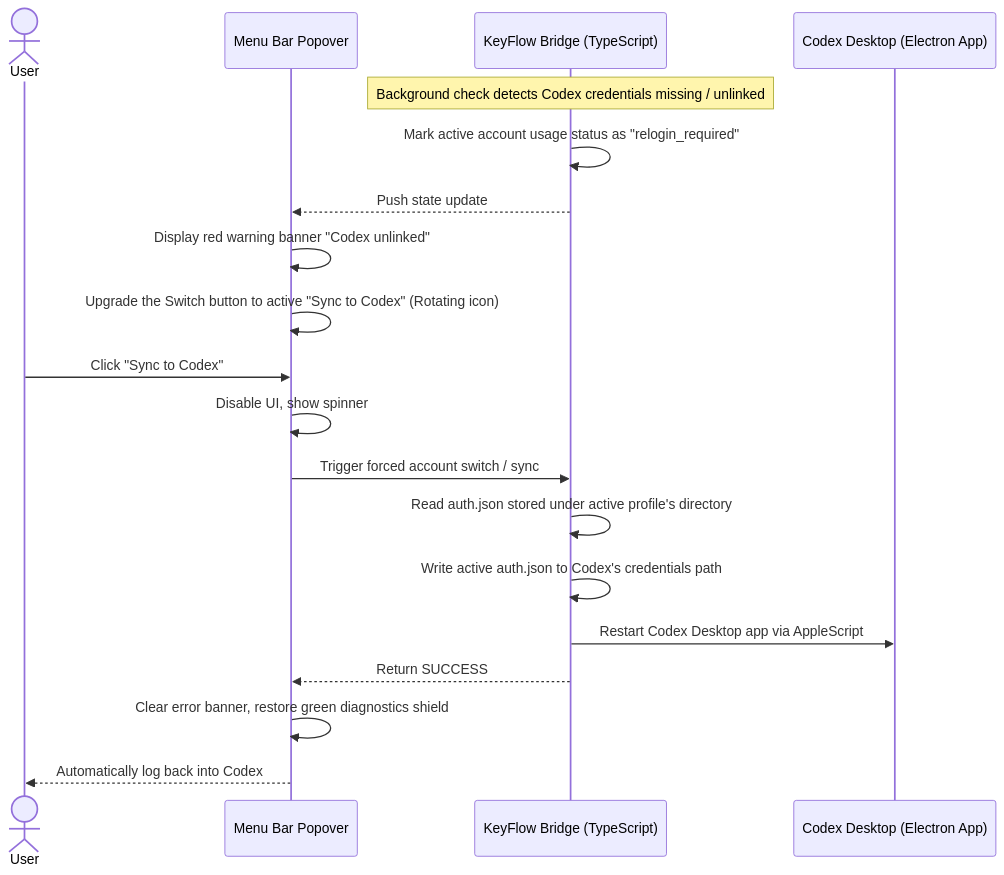
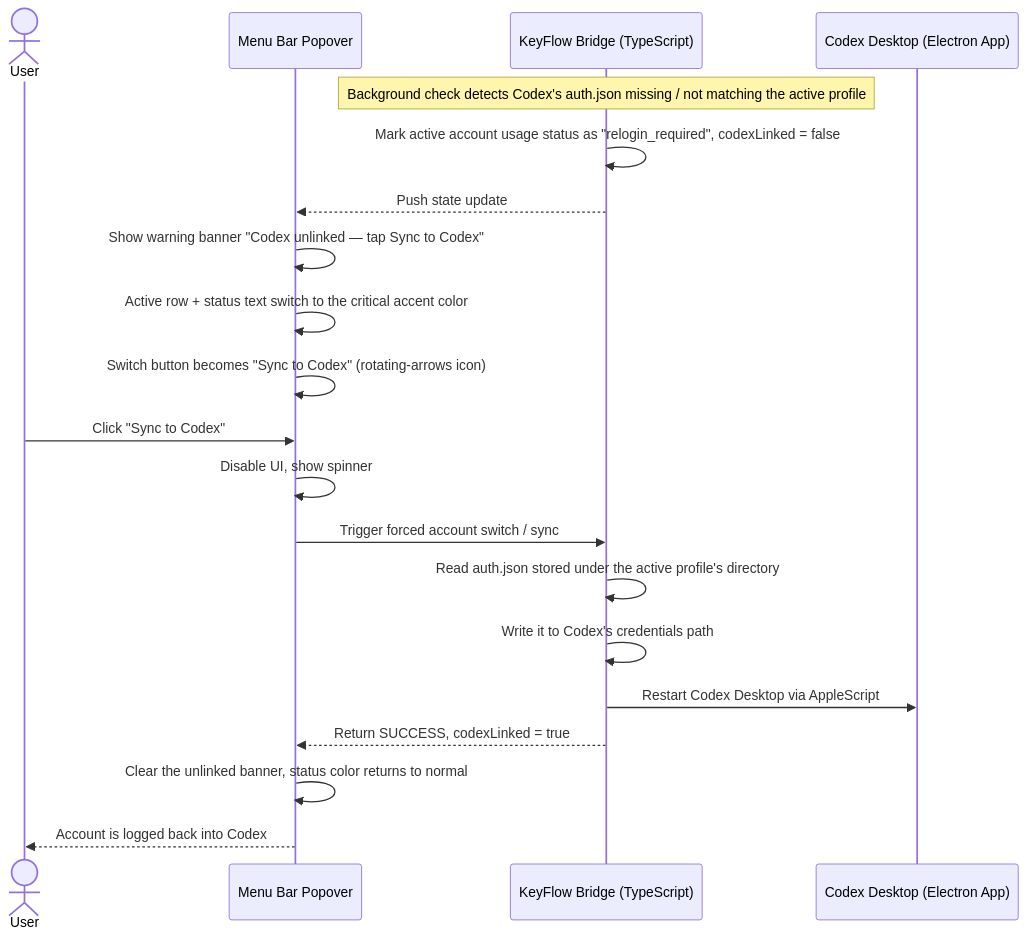
One commit to hbui290/keyflow changed the third of 5 diagrams in docs/USERFLOW.md. Above: the diagram before and after it, drawn with Mermaid. The commit also changed other lines of this file and 3 other files, not shown here.

````diff
--- a/docs/USERFLOW.md
+++ b/docs/USERFLOW.md
@@ -74,23 +78,24 @@
 ```mermaid
 sequenceDiagram
     actor User as User
     participant Pop as Menu Bar Popover
     participant CLI as KeyFlow Bridge (TypeScript)
     participant Codex as Codex Desktop (Electron App)
 
-    Note over CLI: Background check detects Codex credentials missing / unlinked
-    CLI->>CLI: Mark active account usage status as "relogin_required"
+    Note over CLI: Background check detects Codex's auth.json missing / not matching the active profile
+    CLI->>CLI: Mark active account usage status as "relogin_required", codexLinked = false
     CLI-->>Pop: Push state update
-    Pop->>Pop: Display red warning banner "Codex unlinked"
-    Pop->>Pop: Upgrade the Switch button to active "Sync to Codex" (Rotating icon)
-    
+    Pop->>Pop: Show warning banner "Codex unlinked — tap Sync to Codex"
+    Pop->>Pop: Active row + status text switch to the critical accent color
+    Pop->>Pop: Switch button becomes "Sync to Codex" (rotating-arrows icon)
+
     User->>Pop: Click "Sync to Codex"
     Pop->>Pop: Disable UI, show spinner
     Pop->>CLI: Trigger forced account switch / sync
-    CLI->>CLI: Read auth.json stored under active profile's directory
-    CLI->>CLI: Write active auth.json to Codex's credentials path
-    CLI->>Codex: Restart Codex Desktop app via AppleScript
-    CLI-->>Pop: Return SUCCESS
-    Pop->>Pop: Clear error banner, restore green diagnostics shield
-    Pop-->>User: Automatically log back into Codex
+    CLI->>CLI: Read auth.json stored under the active profile's directory
+    CLI->>CLI: Write it to Codex's credentials path
+    CLI->>Codex: Restart Codex Desktop via AppleScript
+    CLI-->>Pop: Return SUCCESS, codexLinked = true
+    Pop->>Pop: Clear the unlinked banner, status color returns to normal
+    Pop-->>User: Account is logged back into Codex
 ```
````
